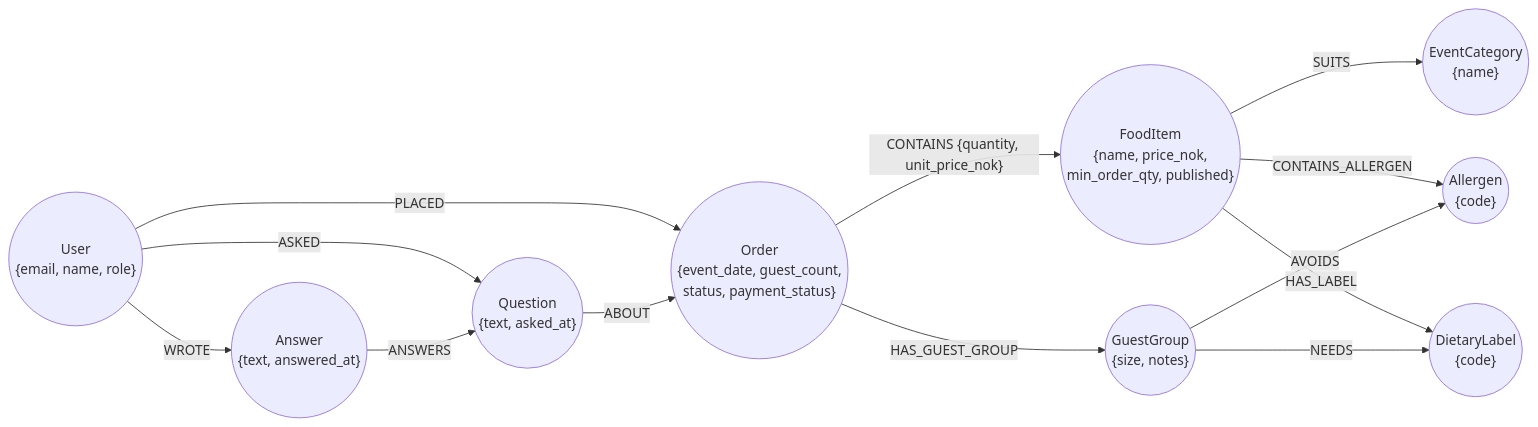
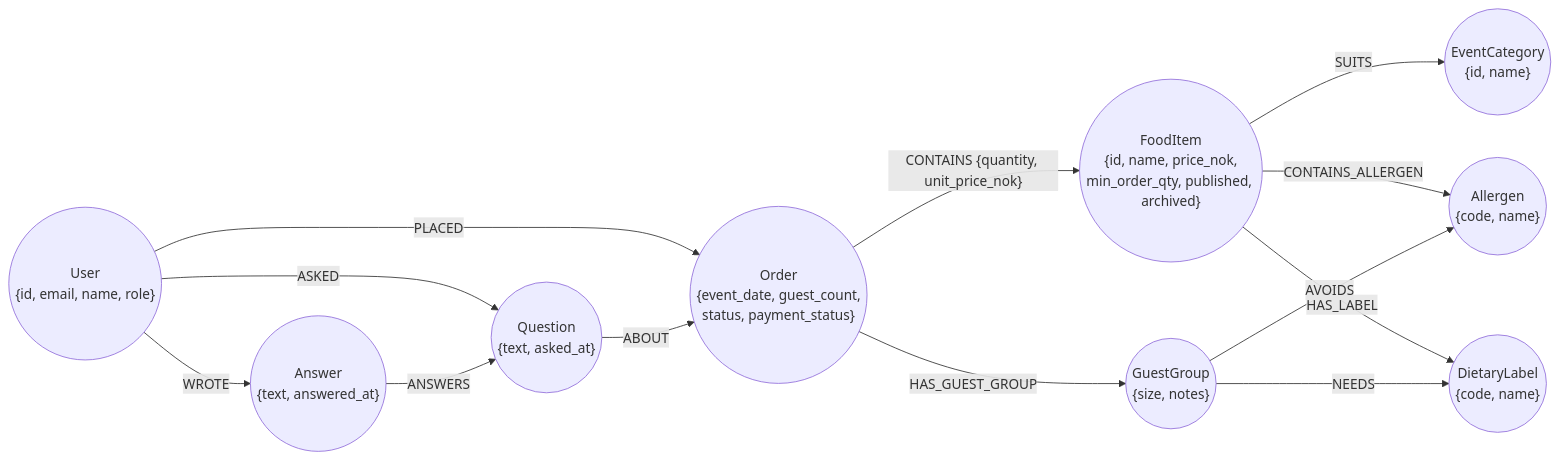
One commit to elnvvo/ektemat-online changed the seventh of 7 diagrams in docs/design.md. Above: the diagram before and after it, drawn with Mermaid. The commit also changed other lines of this file and 18 other files, not shown here.

````diff
--- a/docs/design.md
+++ b/docs/design.md
@@ -339,25 +339,25 @@
 ```mermaid
 flowchart LR
-    U(("User<br/>{email, name, role}"))
+    U(("User<br/>{id, email, name, role}"))
     O(("Order<br/>{event_date, guest_count,<br/>status, payment_status}"))
-    F(("FoodItem<br/>{name, price_nok,<br/>min_order_qty, published}"))
-    E(("EventCategory<br/>{name}"))
-    AL(("Allergen<br/>{code}"))
-    D(("DietaryLabel<br/>{code}"))
+    F(("FoodItem<br/>{id, name, price_nok,<br/>min_order_qty, published, archived}"))
+    E(("EventCategory<br/>{id, name}"))
+    AL(("Allergen<br/>{code, name}"))
+    D(("DietaryLabel<br/>{code, name}"))
     G(("GuestGroup<br/>{size, notes}"))
     Q(("Question<br/>{text, asked_at}"))
     AN(("Answer<br/>{text, answered_at}"))
 
     U -- "PLACED" --> O
     O -- "CONTAINS {quantity, unit_price_nok}" --> F
     F -- "SUITS" --> E
     F -- "CONTAINS_ALLERGEN" --> AL
     F -- "HAS_LABEL" --> D
     O -- "HAS_GUEST_GROUP" --> G
     G -- "AVOIDS" --> AL
     G -- "NEEDS" --> D
     U -- "ASKED" --> Q
     Q -- "ABOUT" --> O
     AN -- "ANSWERS" --> Q
     U -- "WROTE" --> AN
 ```
````
